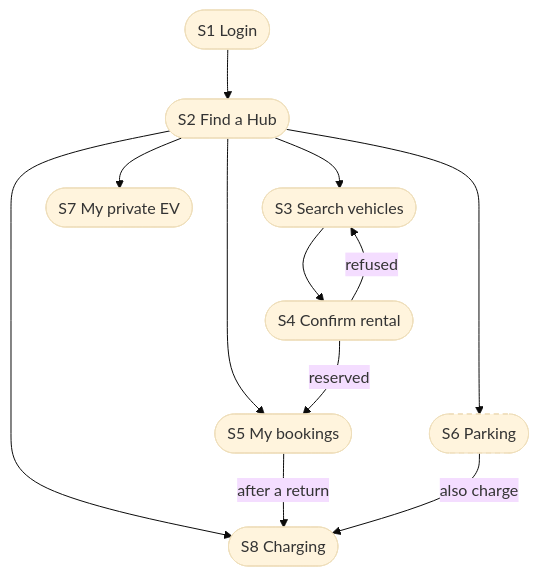
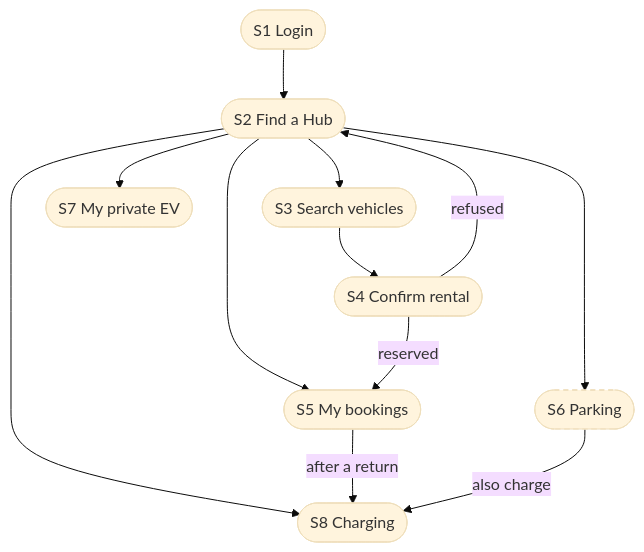
One commit to MabC06/smart-e-mobility-hub changed the first of 2 diagrams in docs/report/06-ui-design.md. Above: the diagram before and after it, drawn with Mermaid (base theme). The commit also changed other lines of this file and 4 other files, not shown here.

````diff
--- a/docs/report/06-ui-design.md
+++ b/docs/report/06-ui-design.md
@@ -22,17 +22,17 @@
 ```mermaid
 flowchart TD
     S1([S1 Login]) --> S2([S2 Find a Hub])
     S2 --> S3([S3 Search vehicles])
     S2 --> S5([S5 My bookings])
     S2 --> S6([S6 Parking])
     S2 --> S7([S7 My private EV])
     S2 --> S8([S8 Charging])
     S3 --> S4([S4 Confirm rental])
     S4 -->|reserved| S5
-    S4 -->|refused| S3
+    S4 -->|refused| S2
     S5 -->|after a return| S8
     S6 -->|also charge| S8
 
     classDef planned stroke-dasharray: 5 4
     class S6 planned
 ```
````
